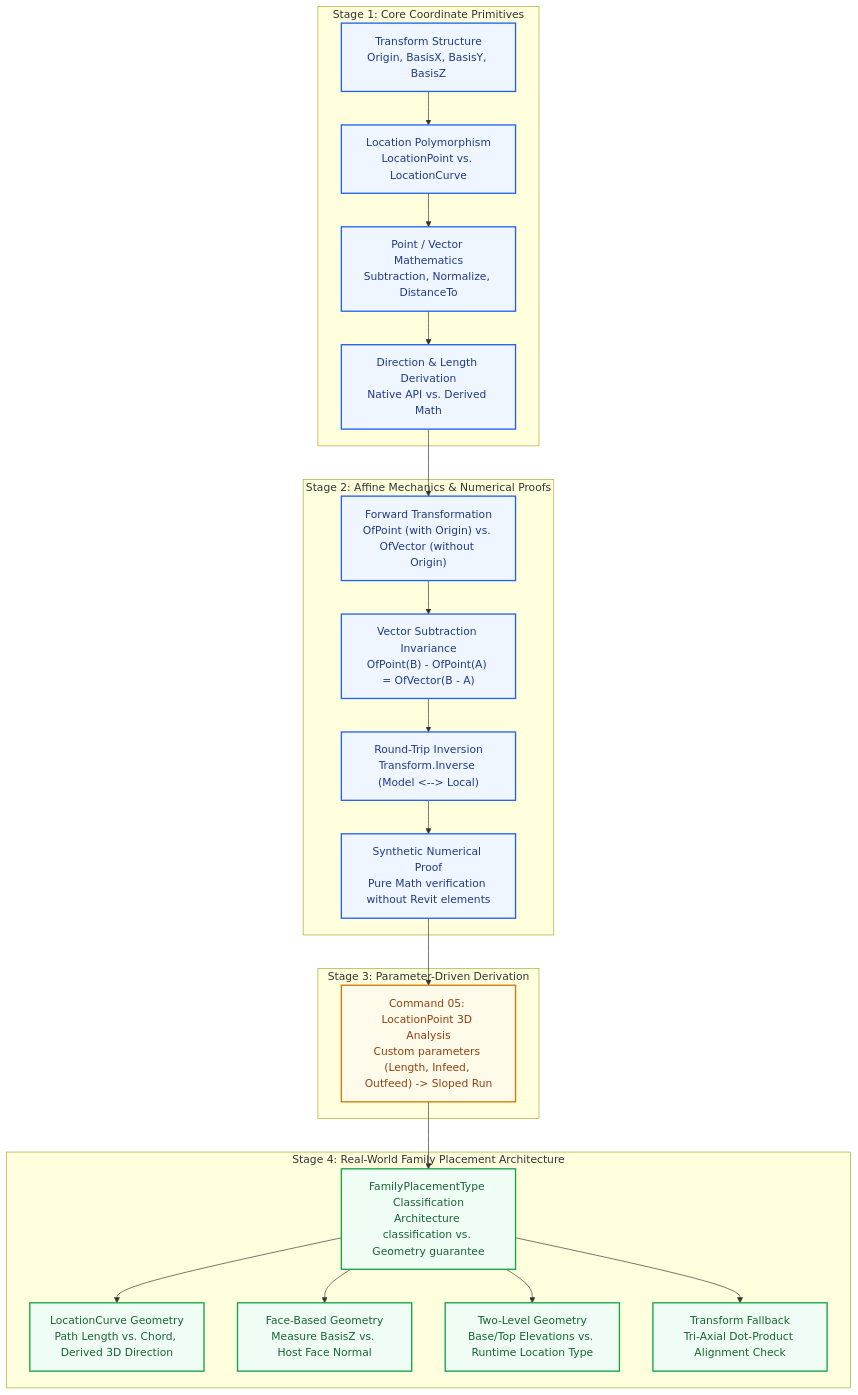
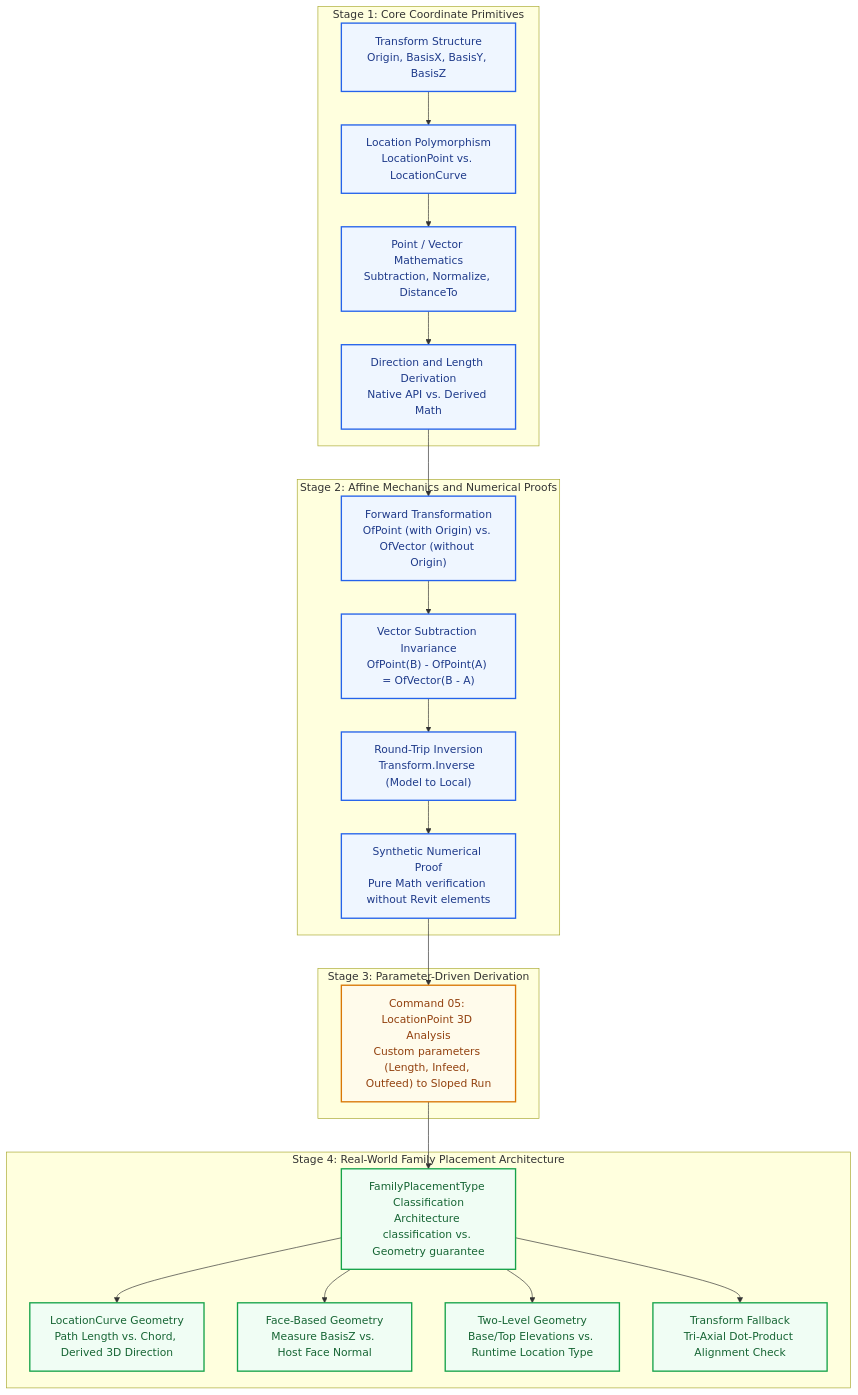
Before and after one commit to Mustafa-TOMMY/CommandSamplesRevitApiVer2025: the fourth of 31 diagrams in RevitApiSamples/Samples/TransformModule/TransformModule.md, drawn with Mermaid. The commit also changed other lines of this file, not shown here.

Commit message:
Update the mermaid sections

````diff
--- a/RevitApiSamples/Samples/TransformModule/TransformModule.md
+++ b/RevitApiSamples/Samples/TransformModule/TransformModule.md
@@ -110,31 +110,31 @@
 ```mermaid
 flowchart TD
     classDef partA fill:#eff6ff,stroke:#2563eb,stroke-width:2px,color:#1e3a8a;
     classDef bridge fill:#fffbeb,stroke:#d97706,stroke-width:2px,color:#92400e;
     classDef partB fill:#f0fdf4,stroke:#16a34a,stroke-width:2px,color:#166534;
 
     subgraph Phase1["Stage 1: Core Coordinate Primitives"]
-        A["Transform Structure\nOrigin, BasisX, BasisY, BasisZ"]:::partA --> B["Location Polymorphism\nLocationPoint vs. LocationCurve"]:::partA
-        B --> C["Point / Vector Mathematics\nSubtraction, Normalize, DistanceTo"]:::partA
-        C --> D["Direction & Length Derivation\nNative API vs. Derived Math"]:::partA
+        A["Transform Structure<br/>Origin, BasisX, BasisY, BasisZ"]:::partA --> B["Location Polymorphism<br/>LocationPoint vs. LocationCurve"]:::partA
+        B --> C["Point / Vector Mathematics<br/>Subtraction, Normalize, DistanceTo"]:::partA
+        C --> D["Direction and Length Derivation<br/>Native API vs. Derived Math"]:::partA
     end
 
-    subgraph Phase2["Stage 2: Affine Mechanics & Numerical Proofs"]
-        D --> E["Forward Transformation\nOfPoint (with Origin) vs. OfVector (without Origin)"]:::partA
-        E --> F["Vector Subtraction Invariance\nOfPoint(B) - OfPoint(A) = OfVector(B - A)"]:::partA
-        F --> G["Round-Trip Inversion\nTransform.Inverse (Model <--> Local)"]:::partA
-        G --> H["Synthetic Numerical Proof\nPure Math verification without Revit elements"]:::partA
+    subgraph Phase2["Stage 2: Affine Mechanics and Numerical Proofs"]
+        D --> E["Forward Transformation<br/>OfPoint (with Origin) vs. OfVector (without Origin)"]:::partA
+        E --> F["Vector Subtraction Invariance<br/>OfPoint(B) - OfPoint(A) = OfVector(B - A)"]:::partA
+        F --> G["Round-Trip Inversion<br/>Transform.Inverse (Model to Local)"]:::partA
+        G --> H["Synthetic Numerical Proof<br/>Pure Math verification without Revit elements"]:::partA
     end
 
     subgraph Phase3["Stage 3: Parameter-Driven Derivation"]
-        H --> I["Command 05: LocationPoint 3D Analysis\nCustom parameters (Length, Infeed, Outfeed) -> Sloped Run"]:::bridge
+        H --> I["Command 05: LocationPoint 3D Analysis<br/>Custom parameters (Length, Infeed, Outfeed) to Sloped Run"]:::bridge
     end
 
     subgraph Phase4["Stage 4: Real-World Family Placement Architecture"]
-        I --> J["FamilyPlacementType Classification\nArchitecture classification vs. Geometry guarantee"]:::partB
-        J --> K1["LocationCurve Geometry\nPath Length vs. Chord, Derived 3D Direction"]:::partB
-        J --> K2["Face-Based Geometry\nMeasure BasisZ vs. Host Face Normal"]:::partB
-        J --> K3["Two-Level Geometry\nBase/Top Elevations vs. Runtime Location Type"]:::partB
-        J --> K4["Transform Fallback\nTri-Axial Dot-Product Alignment Check"]:::partB
+        I --> J["FamilyPlacementType Classification<br/>Architecture classification vs. Geometry guarantee"]:::partB
+        J --> K1["LocationCurve Geometry<br/>Path Length vs. Chord, Derived 3D Direction"]:::partB
+        J --> K2["Face-Based Geometry<br/>Measure BasisZ vs. Host Face Normal"]:::partB
+        J --> K3["Two-Level Geometry<br/>Base/Top Elevations vs. Runtime Location Type"]:::partB
+        J --> K4["Transform Fallback<br/>Tri-Axial Dot-Product Alignment Check"]:::partB
     end
 ```
````
